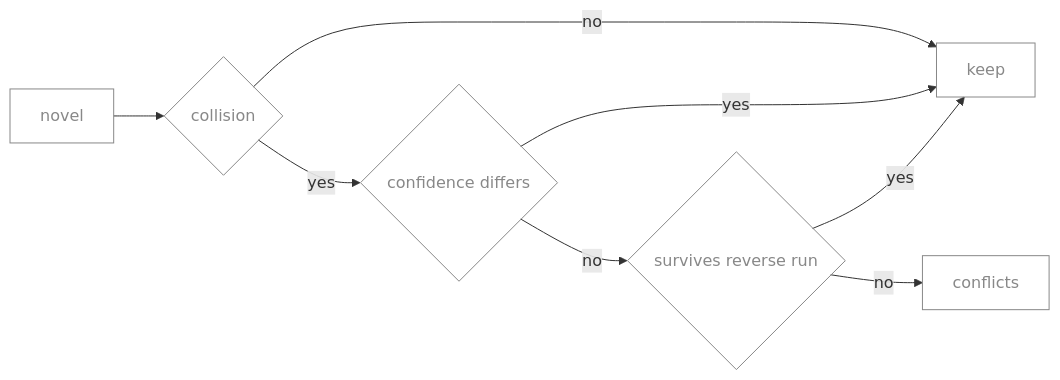
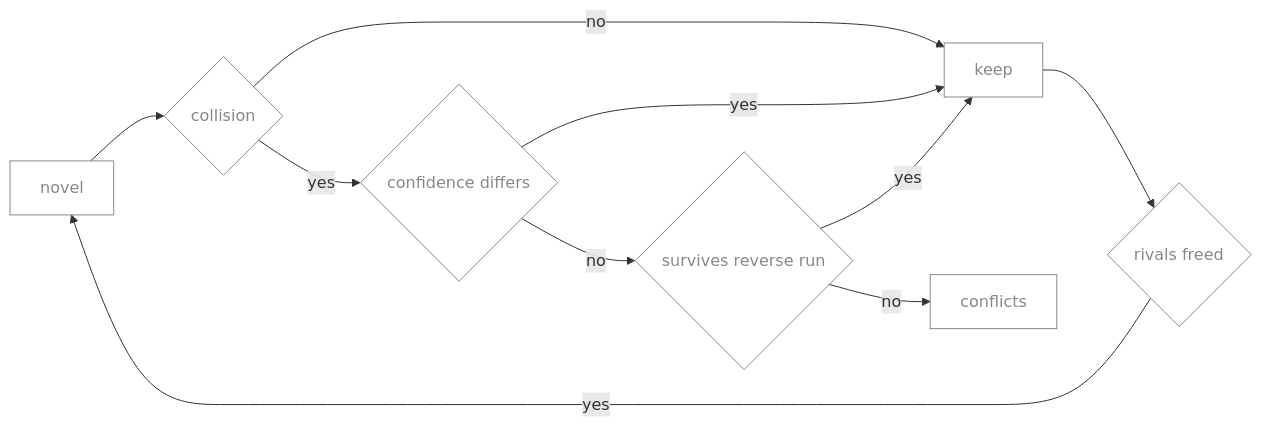
One commit to HarshitSoni1903/mapnet changed the sixth of 6 diagrams in design/design.md. Above: the diagram before and after it, drawn with Mermaid. The commit also changed other lines of this file and 12 other files, not shown here.

Commit message:
added reverse run for conflict resolution, fetch covers ontology and evidence fetch, recorded hash for data timeline and date, with refresh enabled, output takes in a dir path

````diff
--- a/design/design.md
+++ b/design/design.md
@@ -165,12 +165,14 @@
 ```mermaid
 flowchart LR
     N[novel] --> B{collision}
     B -->|no| K[keep]
     B -->|yes| C{confidence differs}
     C -->|yes| K
     C -->|no| V{survives reverse run}
     V -->|yes| K
     V -->|no| G[conflicts]
+    K --> R{rivals freed}
+    R -->|yes| N
 
     classDef default fill:transparent,stroke:#888888,color:#888888
 ```
````
